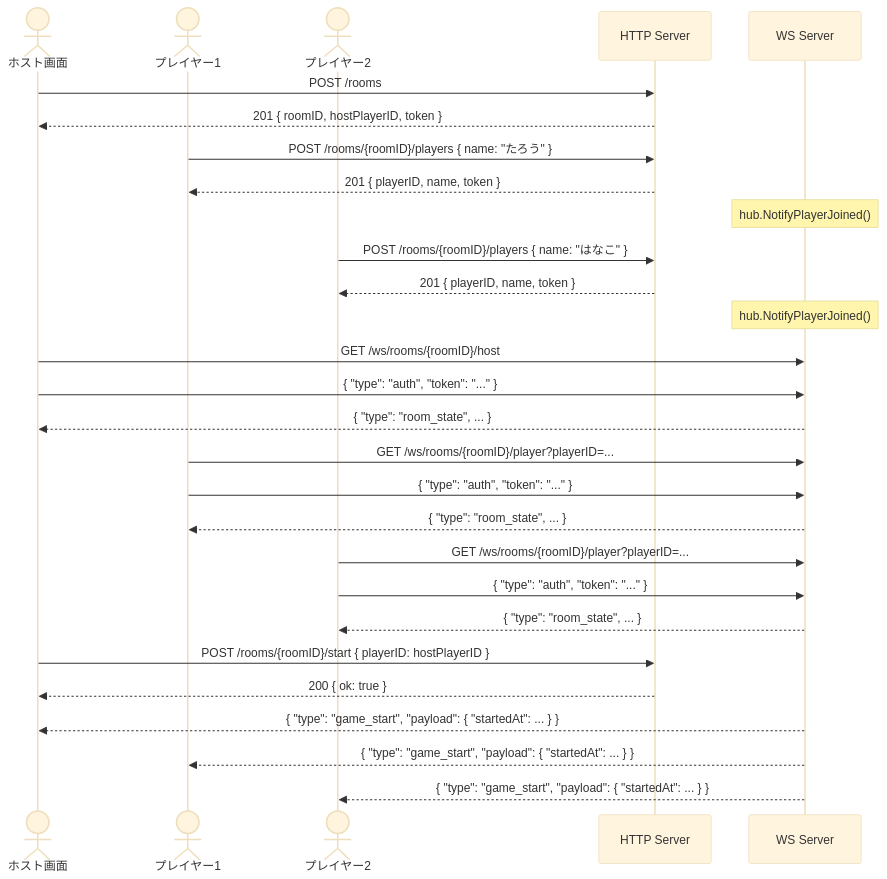
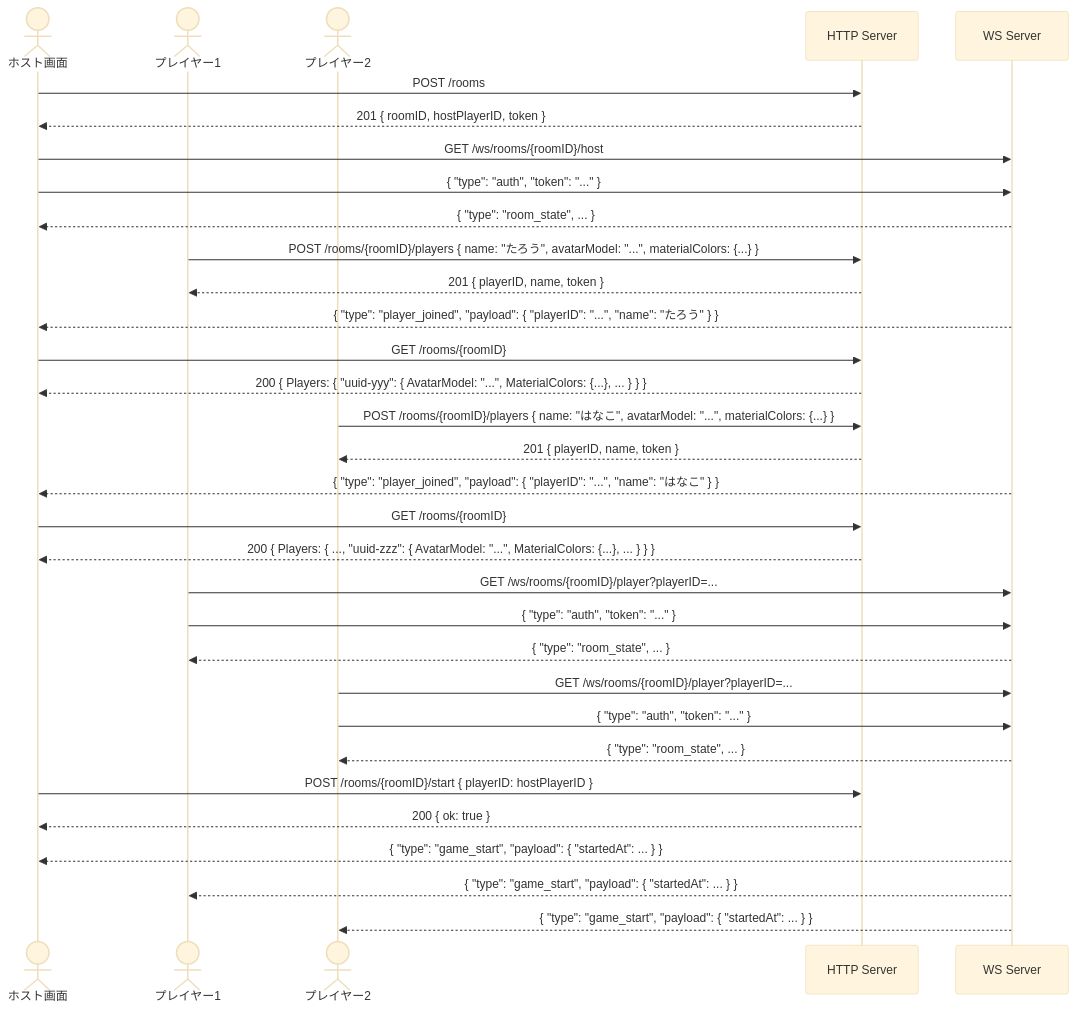
Before and after one commit to allocup-2026-tabaru/untokosyo-be: the first of 2 diagrams in docs/api.md, drawn with Mermaid (base theme).

Commit message:
📝 docs: シーケンス図にアバター情報とGET取得フローを反映 (issue #30)

````diff
--- a/docs/api.md
+++ b/docs/api.md
@@ -520,37 +520,41 @@
 ```mermaid
 sequenceDiagram
     actor Host as ホスト画面
     actor P1 as プレイヤー1
     actor P2 as プレイヤー2
     participant HTTP as HTTP Server
     participant WS as WS Server
 
     Host->>HTTP: POST /rooms
     HTTP-->>Host: 201 { roomID, hostPlayerID, token }
 
-    P1->>HTTP: POST /rooms/{roomID}/players { name: "たろう" }
-    HTTP-->>P1: 201 { playerID, name, token }
-    Note over WS: hub.NotifyPlayerJoined()
-
-    P2->>HTTP: POST /rooms/{roomID}/players { name: "はなこ" }
-    HTTP-->>P2: 201 { playerID, name, token }
-    Note over WS: hub.NotifyPlayerJoined()
-
     Host->>WS: GET /ws/rooms/{roomID}/host
     Host->>WS: { "type": "auth", "token": "..." }
     WS-->>Host: { "type": "room_state", ... }
+
+    P1->>HTTP: POST /rooms/{roomID}/players { name: "たろう", avatarModel: "...", materialColors: {...} }
+    HTTP-->>P1: 201 { playerID, name, token }
+    WS-->>Host: { "type": "player_joined", "payload": { "playerID": "...", "name": "たろう" } }
+    Host->>HTTP: GET /rooms/{roomID}
+    HTTP-->>Host: 200 { Players: { "uuid-yyy": { AvatarModel: "...", MaterialColors: {...}, ... } } }
+
+    P2->>HTTP: POST /rooms/{roomID}/players { name: "はなこ", avatarModel: "...", materialColors: {...} }
+    HTTP-->>P2: 201 { playerID, name, token }
+    WS-->>Host: { "type": "player_joined", "payload": { "playerID": "...", "name": "はなこ" } }
+    Host->>HTTP: GET /rooms/{roomID}
+    HTTP-->>Host: 200 { Players: { ..., "uuid-zzz": { AvatarModel: "...", MaterialColors: {...}, ... } } }
 
     P1->>WS: GET /ws/rooms/{roomID}/player?playerID=...
     P1->>WS: { "type": "auth", "token": "..." }
     WS-->>P1: { "type": "room_state", ... }
 
     P2->>WS: GET /ws/rooms/{roomID}/player?playerID=...
     P2->>WS: { "type": "auth", "token": "..." }
     WS-->>P2: { "type": "room_state", ... }
 
     Host->>HTTP: POST /rooms/{roomID}/start { playerID: hostPlayerID }
     HTTP-->>Host: 200 { ok: true }
     WS-->>Host: { "type": "game_start", "payload": { "startedAt": ... } }
     WS-->>P1: { "type": "game_start", "payload": { "startedAt": ... } }
     WS-->>P2: { "type": "game_start", "payload": { "startedAt": ... } }
 ```
````
